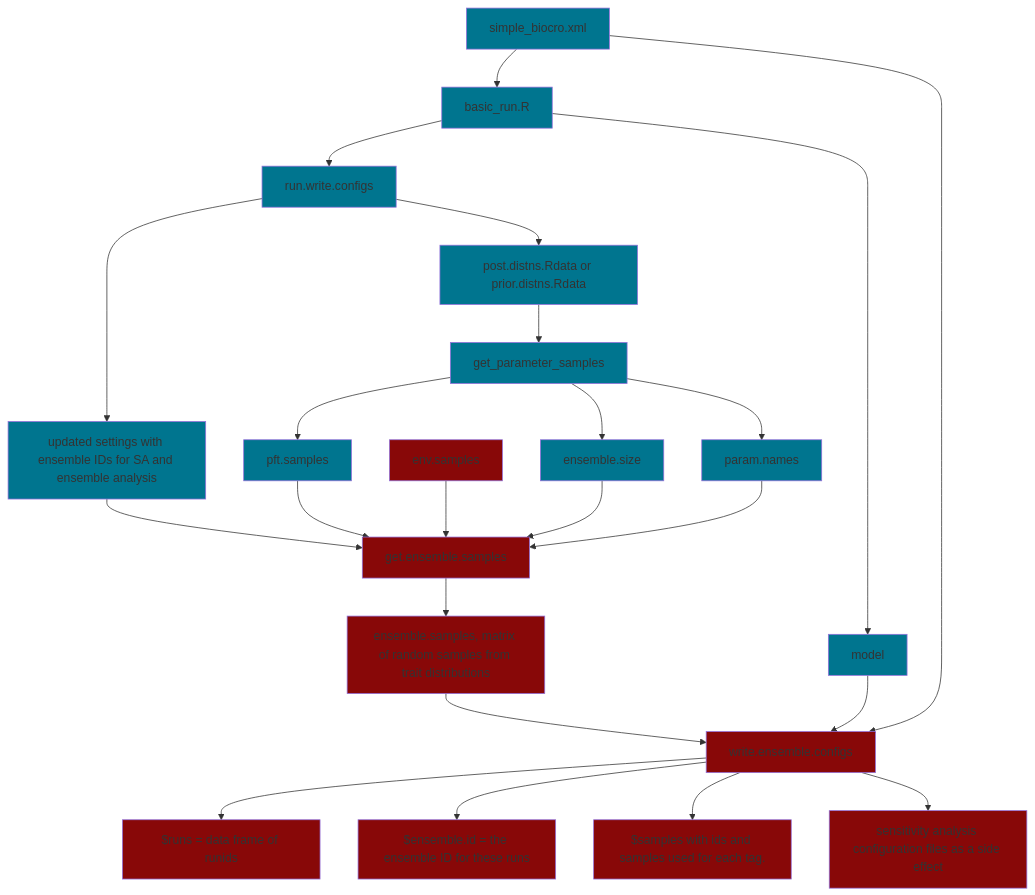
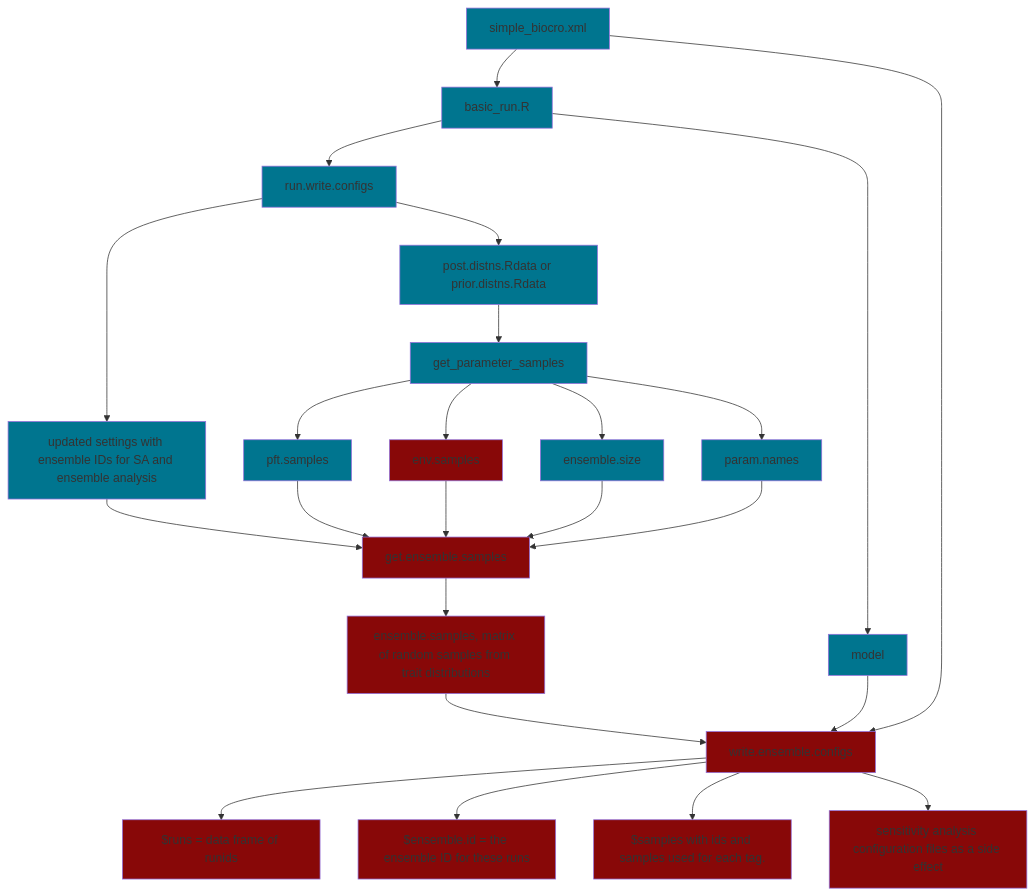
One commit to ecamo19/gsoc_project_2022_vm changed the diagram in README.md. Above: the diagram before and after it, drawn with Mermaid.

````diff
--- a/README.md
+++ b/README.md
@@ -47,62 +47,63 @@
 ```mermaid
   graph TD;
       
       simple_biocro.xml-->basic_run.R;
       
       basic_run.R-->run.write.configs;
       basic_run.R-->model;
       
       
       run.write.configs-->output_1[updated settings with ensemble IDs for SA and ensemble analysis ];
       run.write.configs-->posterior.files[post.distns.Rdata or prior.distns.Rdata];
       output_1[updated settings with ensemble IDs for SA and ensemble analysis]-->get.ensemble.samples;
       
       posterior.files[post.distns.Rdata or prior.distns.Rdata]-->get_parameter_samples;
       
       input_get_ensemble_1[pft.samples]-->get.ensemble.samples;
       input_get_ensemble_2[env.samples]-->get.ensemble.samples;
       input_get_ensemble_3[ensemble.size]-->get.ensemble.samples;
       input_get_ensemble_4[param.names]-->get.ensemble.samples;
       
       get_parameter_samples-->input_get_ensemble_1[pft.samples];  
+      get_parameter_samples-->input_get_ensemble_2[env.samples];
       get_parameter_samples-->input_get_ensemble_3[ensemble.size];
       get_parameter_samples-->input_get_ensemble_4[param.names];
       
       get.ensemble.samples-->output_get_ensemble[ensemble.samples, matrix of random samples from trait distributions];
       
       output_get_ensemble[ensemble.samples, matrix of random samples from trait distributions]-->write.ensemble.configs;
       model-->write.ensemble.configs;
       simple_biocro.xml-->write.ensemble.configs;
       
       write.ensemble.configs-->output_write_ensemble_1[$runs = data frame of runids];
       write.ensemble.configs-->output_write_ensemble_2[$ensemble.id = the ensemble ID for these runs];
       write.ensemble.configs-->output_write_ensemble_3[$samples with ids and samples used for each tag.];
       write.ensemble.configs-->output_write_ensemble_4[sensitivity analysis configuration files as a side effect];
       
       %% Blue color boxes
       
       style get_parameter_samples fill:#00758f
       style basic_run.R fill:#00758f
       style output_1 fill:#00758f
       style run.write.configs fill:#00758f
       style simple_biocro.xml fill:#00758f
       style posterior.files fill:#00758f
       style input_get_ensemble_1 fill:#00758f
       
       style input_get_ensemble_3 fill:#00758f
       style input_get_ensemble_4 fill:#00758f
       style model fill:#00758f 
       
       %% Red color boxes  
       
       style input_get_ensemble_2 fill:#880808
       style get.ensemble.samples fill:#880808
       style output_get_ensemble  fill:#880808 
       
       style write.ensemble.configs fill:#880808
       style output_write_ensemble_1 fill:#880808
       style output_write_ensemble_2 fill:#880808
       style output_write_ensemble_3 fill:#880808
       style output_write_ensemble_4 fill:#880808
       
 ```
````
